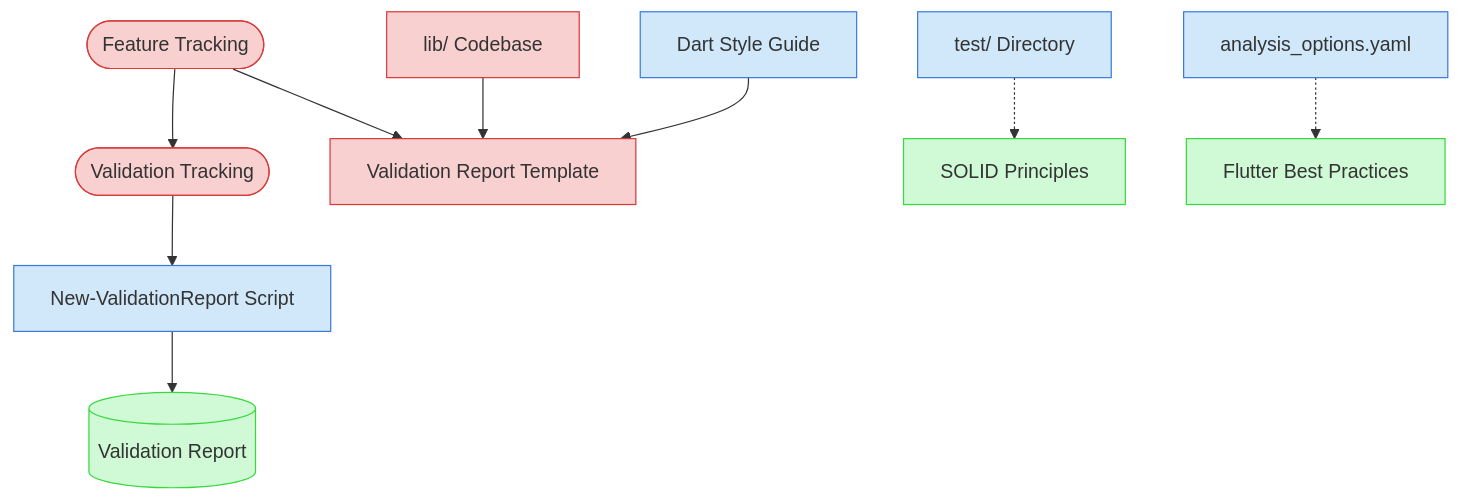
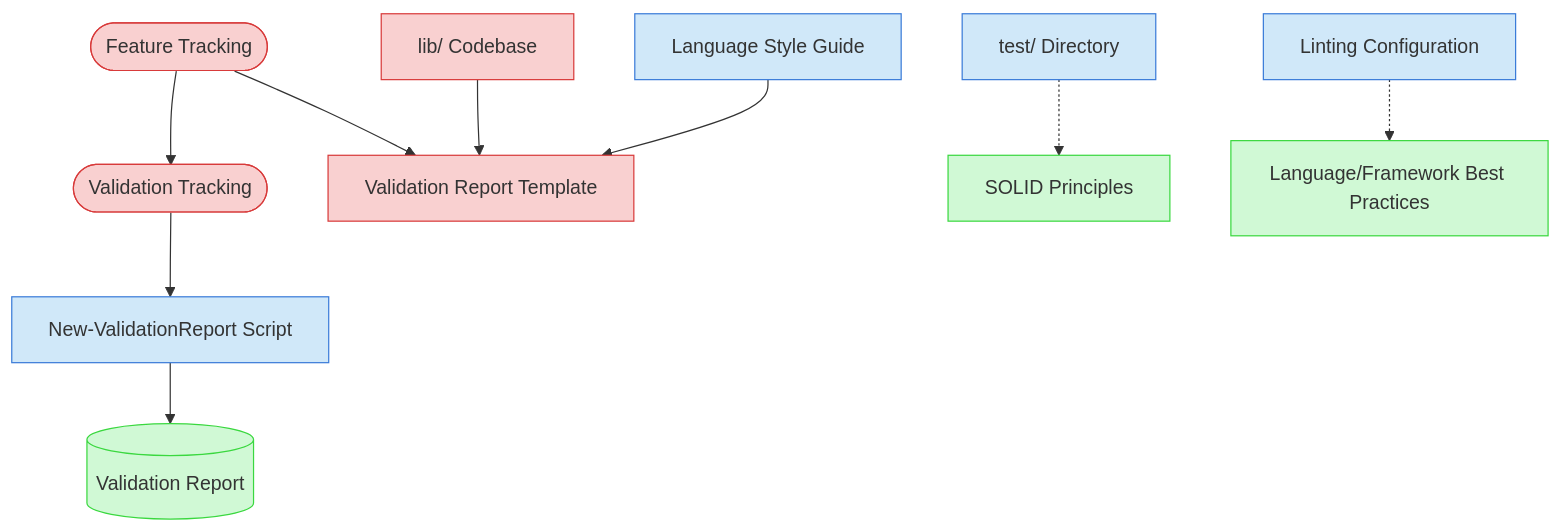
The diagram in doc/process-framework/visualization/context-maps/05-validation/code-quality-standards-validation-map.md (Abtomation/LinkWatcher), drawn with Mermaid before and after one commit. The commit also changed other lines of this file and 332 other files, not shown here.

````diff
--- a/doc/process-framework/visualization/context-maps/05-validation/code-quality-standards-validation-map.md
+++ b/doc/process-framework/visualization/context-maps/05-validation/code-quality-standards-validation-map.md
@@ -20,19 +20,19 @@
 ```mermaid
 graph TD
     classDef critical fill:#f9d0d0,stroke:#d83a3a
     classDef important fill:#d0e8f9,stroke:#3a7bd8
     classDef reference fill:#d0f9d5,stroke:#3ad83f
 
     FT([Feature Tracking]) --> VT([Validation Tracking])
     FT --> VRT[Validation Report Template]
     LIB[lib/ Codebase] --> VRT
-    DSG[Dart Style Guide] --> VRT
+    DSG[Language Style Guide] --> VRT
     VT --> VRS[New-ValidationReport Script]
     TEST[test/ Directory] -.-> SOLID[SOLID Principles]
-    AO[analysis_options.yaml] -.-> FB[Flutter Best Practices]
+    AO[Linting Configuration] -.-> FB[Language/Framework Best Practices]
     VRS --> VR[(Validation Report)]
 
     class FT,VT,VRT,LIB critical
     class DSG,TEST,VRS,AO important
     class SOLID,FB,VR reference
 ```
````
